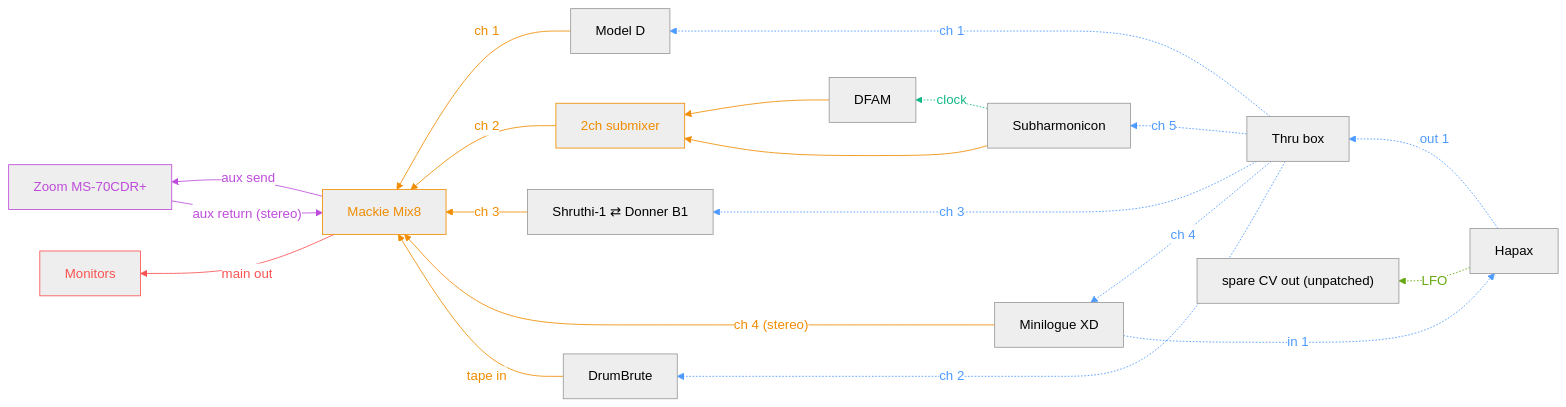
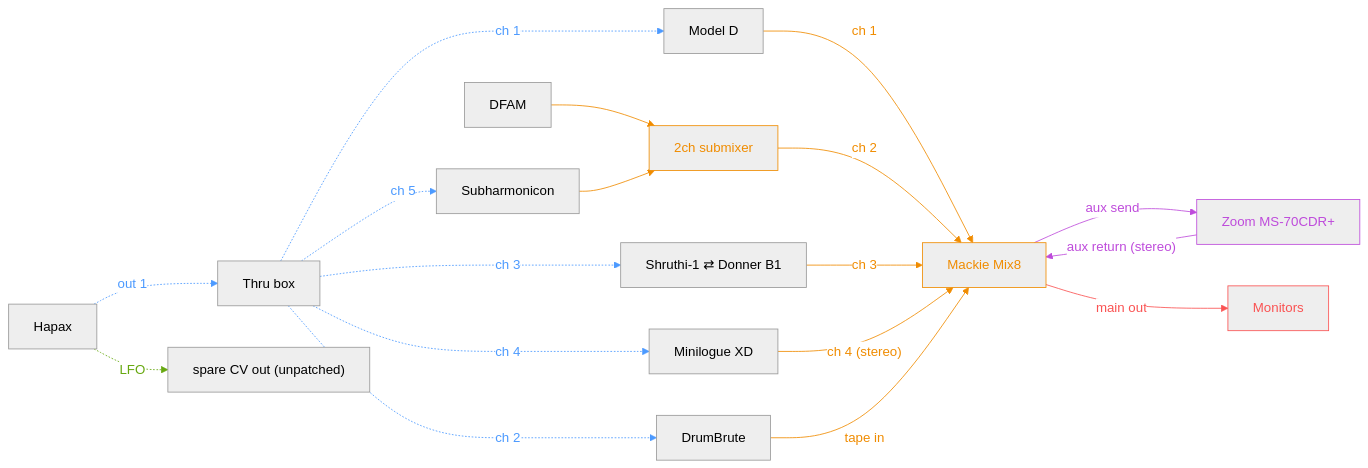
Before and after one commit to saponace/synth-setup: the diagram in README.md, drawn with Mermaid. The commit also changed other lines of this file, not shown here.

Commit message:
Switch diagram back to left-to-right, drop grouping subgraphs
Subgraph boxes caused dagre to bundle cross-cluster edges to the box
border instead of the exact node. Reverting to flat nodes gives precise
per-device edges; dropping the Subharmonicon->DFAM clock arrow and the
Minilogue->Hapax return arrow (both still documented in Notes) removes
the two rank-pulling edges that were splitting the Synths group across
columns.

````diff
--- a/README.md
+++ b/README.md
@@ -1,68 +1,62 @@
 ```mermaid
 ---
 config:
   theme: neutral
 ---
-flowchart RL
+flowchart LR
     %% ----- One color per connection group -----
     classDef midi stroke:#4c9aff,color:#4c9aff
-    classDef clock stroke:#12b886,color:#12b886
     classDef cv stroke:#66a80f,color:#66a80f
     classDef mixer stroke:#f08c00,color:#f08c00
     classDef fx stroke:#be4bdb,color:#be4bdb
     classDef monitoring stroke:#fa5252,color:#fa5252
 
     %% ===== Sequencer brain =====
     HAPAX["Hapax"]
     SPLIT["Thru box"]
     SPARECV["spare CV out (unpatched)"]
 
     %% ===== Synths =====
     MODELD["Model D"]
     SWAP["Shruthi-1 ⇄ Donner B1"]
     XD["Minilogue XD"]
     DBI["DrumBrute"]
     DFAM["DFAM"]
     SUBH["Subharmonicon"]
 
     %% ===== Mixer / send  =====
     SUBMIX["2ch submixer"]:::mixer
     MIX["Mackie Mix8"]:::mixer
     ZOOM["Zoom MS-70CDR+"]:::fx
     MON["Monitors"]:::monitoring
 
     %% ----- MIDI links -----
     HAPAX midi0@-. "out 1" .-> SPLIT
     SPLIT midi1@-. "ch 1" .-> MODELD
     SPLIT midi2@-. "ch 2" .-> DBI
     SPLIT midi3@-. "ch 3" .-> SWAP
     SPLIT midi4@-. "ch 4" .-> XD
     SPLIT midi5@-. "ch 5" .-> SUBH
-    XD midi6@-. "in 1" .-> HAPAX
-    class midi0,midi1,midi2,midi3,midi4,midi5,midi6 midi
+    class midi0,midi1,midi2,midi3,midi4,midi5 midi
 
     %% ----- CV links (pitch/mod) -----
     HAPAX cv1@-. "LFO" .-> SPARECV
     class cv1 cv
-
-    %% ----- Clock links -----
-    SUBH clk1@-. "clock" .-> DFAM
-    class clk1 clock
 
     %% ----- Audio links -----
     DFAM audio1@--> SUBMIX
     SUBH audio2@--> SUBMIX
     MODELD audio3@-- "ch 1" --> MIX
     SUBMIX audio4@-- "ch 2" --> MIX
     SWAP audio5@-- "ch 3" --> MIX
     XD audio6@-- "ch 4 (stereo)" --> MIX
     DBI audio7@-- "tape in" --> MIX
     class audio1,audio2,audio3,audio4,audio5,audio6,audio7 mixer
 
     MIX fxSend@-- "aux send" --> ZOOM
     ZOOM fxReturn@-- "aux return (stereo)" --> MIX
     class fxSend,fxReturn fx
 
     MIX out@-- "main out" --> MON
     class out monitoring
 ```
````
